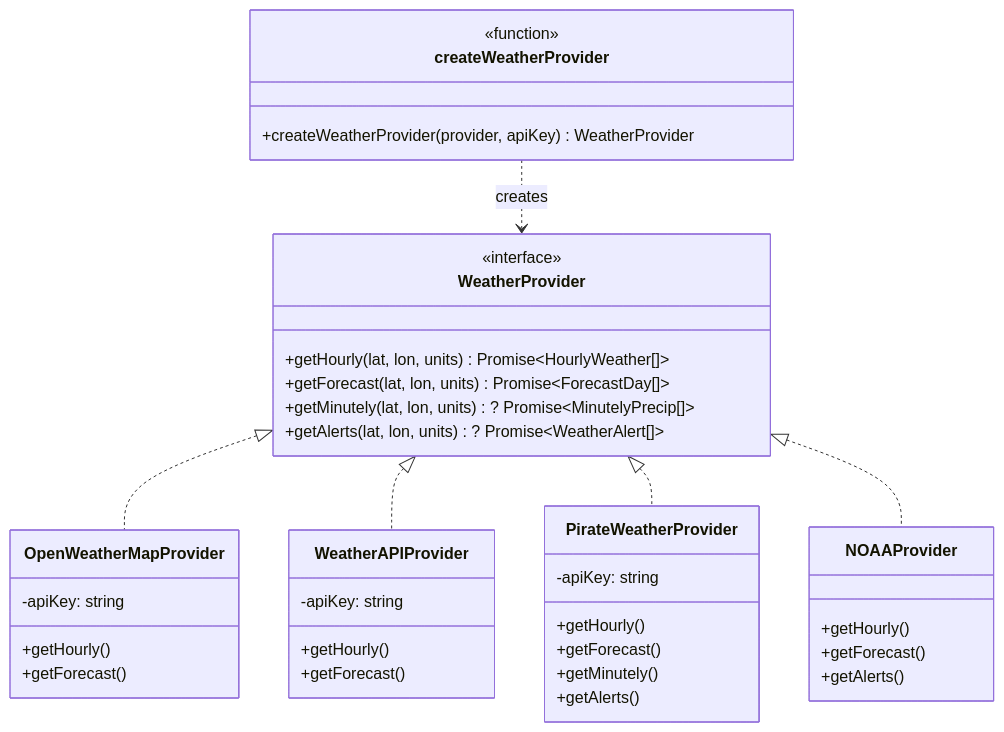
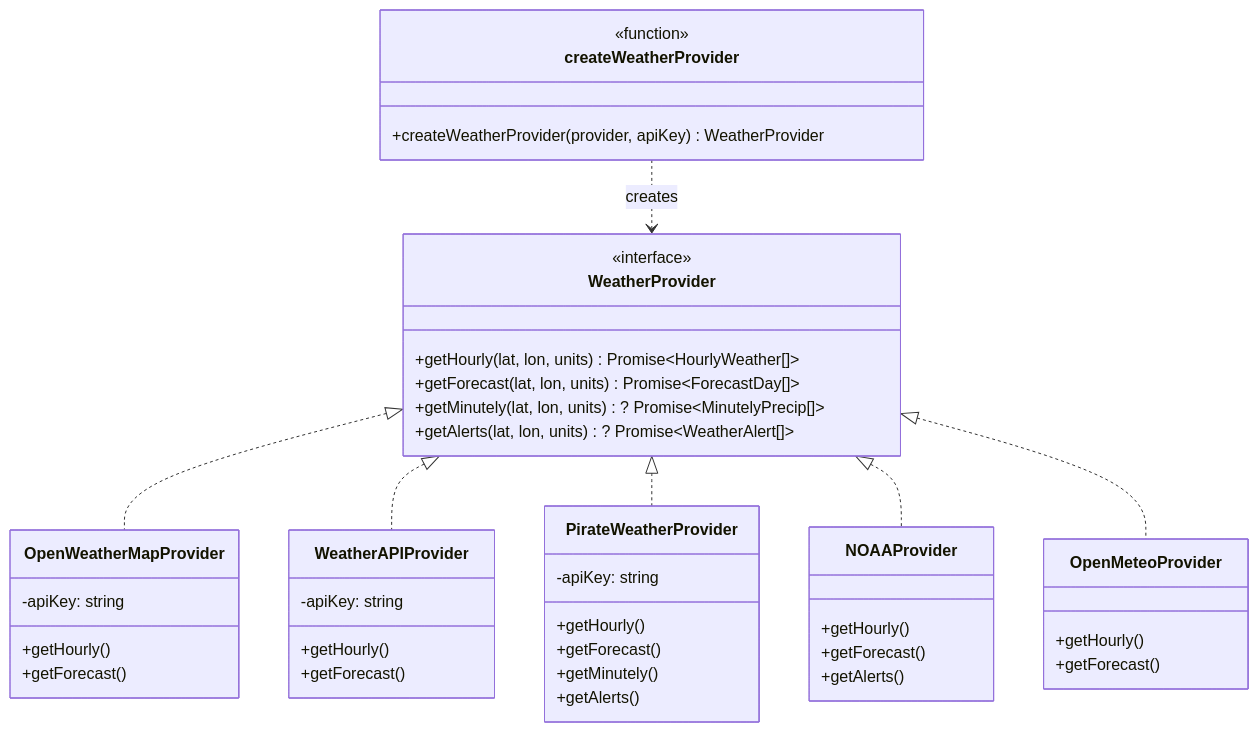
One commit to agent462/home-screens changed the fifth of 8 diagrams in docs/development.md. Above: the diagram before and after it, drawn with Mermaid. The commit also changed other lines of this file and 15 other files, not shown here.

First line of the commit message:
Open-Meteo weather provider — free, no API key, global coverage

````diff
--- a/docs/development.md
+++ b/docs/development.md
@@ -110,48 +110,54 @@
 ```mermaid
 classDiagram
     class WeatherProvider {
         <<interface>>
         +getHourly(lat, lon, units) Promise~HourlyWeather[]~
         +getForecast(lat, lon, units) Promise~ForecastDay[]~
         +getMinutely(lat, lon, units)? Promise~MinutelyPrecip[]~
         +getAlerts(lat, lon, units)? Promise~WeatherAlert[]~
     }
 
     class OpenWeatherMapProvider {
         -apiKey: string
         +getHourly()
         +getForecast()
     }
 
     class WeatherAPIProvider {
         -apiKey: string
         +getHourly()
         +getForecast()
     }
 
     class PirateWeatherProvider {
         -apiKey: string
         +getHourly()
         +getForecast()
         +getMinutely()
         +getAlerts()
     }
 
     class NOAAProvider {
         +getHourly()
         +getForecast()
         +getAlerts()
     }
 
+    class OpenMeteoProvider {
+        +getHourly()
+        +getForecast()
+    }
+
     WeatherProvider <|.. OpenWeatherMapProvider
     WeatherProvider <|.. WeatherAPIProvider
     WeatherProvider <|.. PirateWeatherProvider
     WeatherProvider <|.. NOAAProvider
+    WeatherProvider <|.. OpenMeteoProvider
 
     class createWeatherProvider {
         <<function>>
         +createWeatherProvider(provider, apiKey) WeatherProvider
     }
 
     createWeatherProvider ..> WeatherProvider : creates
 ```
````
